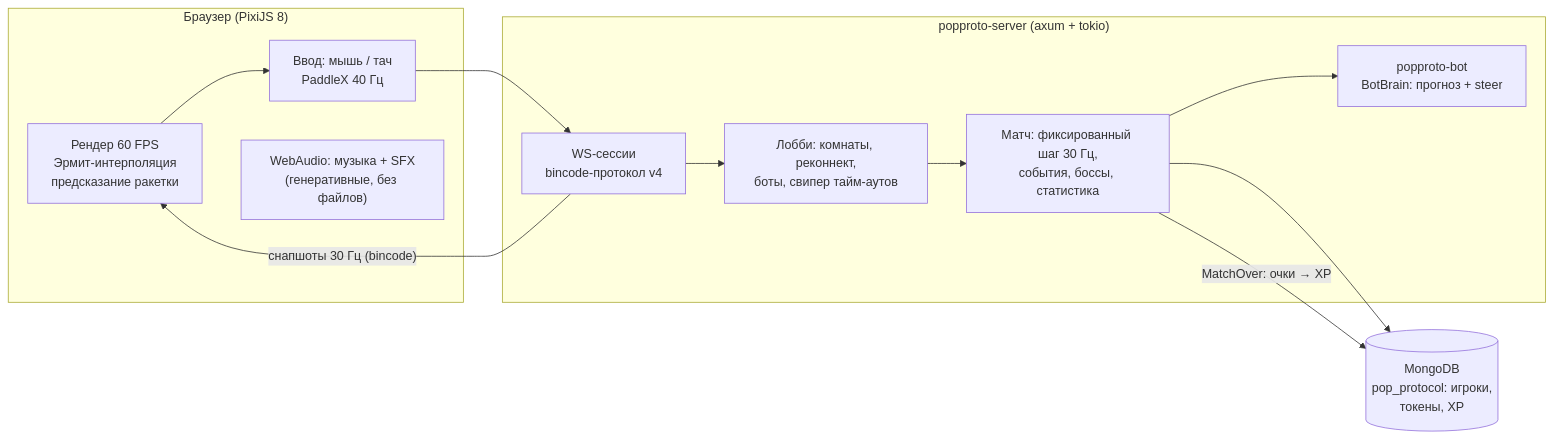
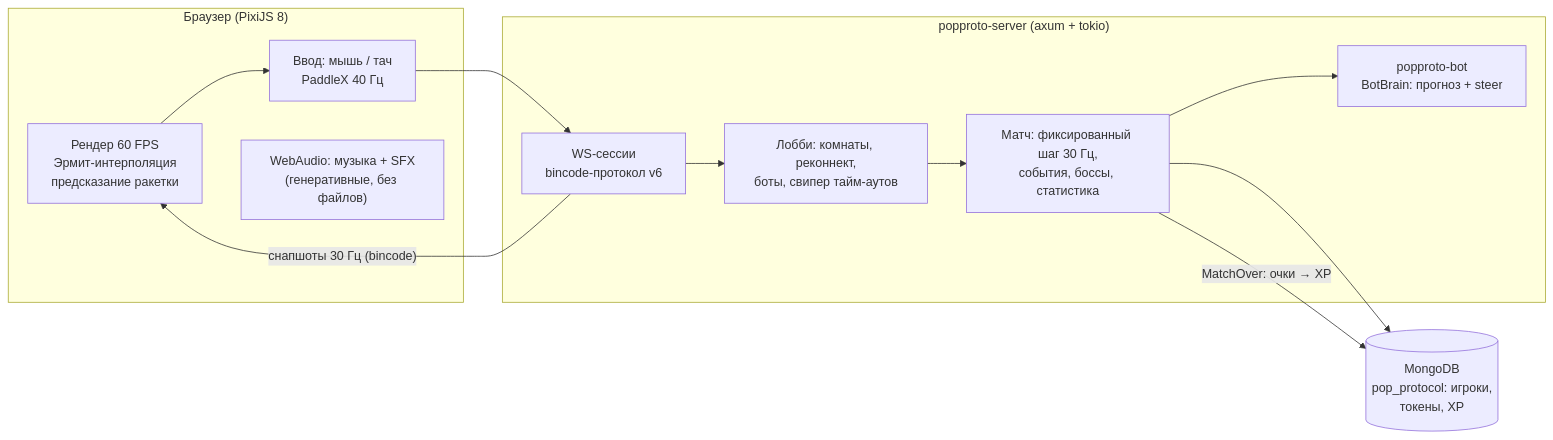
One commit to LeviTankTV/PoPProtocol changed the diagram in README.md. Above: the diagram before and after it, drawn with Mermaid. The commit also changed other lines of this file, not shown here.

Commit message:
README: возможности v2 (ELO/сезоны, квесты, скины, кланы, редактор, боссы, ульты, турниры, реплеи, метрики, PWA), протокол v6

````diff
--- a/README.md
+++ b/README.md
@@ -22,20 +26,20 @@
 ```mermaid
 flowchart LR
     subgraph Client ["Браузер (PixiJS 8)"]
         R["Рендер 60 FPS<br/>Эрмит-интерполяция<br/>предсказание ракетки"]
         IN["Ввод: мышь / тач<br/>PaddleX 40 Гц"]
         SFX["WebAudio: музыка + SFX<br/>(генеративные, без файлов)"]
     end
     subgraph Server ["popproto-server (axum + tokio)"]
-        WS["WS-сессии<br/>bincode-протокол v4"]
+        WS["WS-сессии<br/>bincode-протокол v6"]
         LOB["Лобби: комнаты, реконнект,<br/>боты, свипер тайм-аутов"]
         GAME["Матч: фиксированный шаг 30 Гц,<br/>события, боссы, статистика"]
         BOTS["popproto-bot<br/>BotBrain: прогноз + steer"]
     end
     DB[("MongoDB<br/>pop_protocol: игроки,<br/>токены, XP")]
     R --> IN --> WS
     WS --> LOB --> GAME --> BOTS
     GAME --> DB
     WS -- "снапшоты 30 Гц (bincode)" --> R
     GAME -- "MatchOver: очки → XP" --> DB
 ```
````
